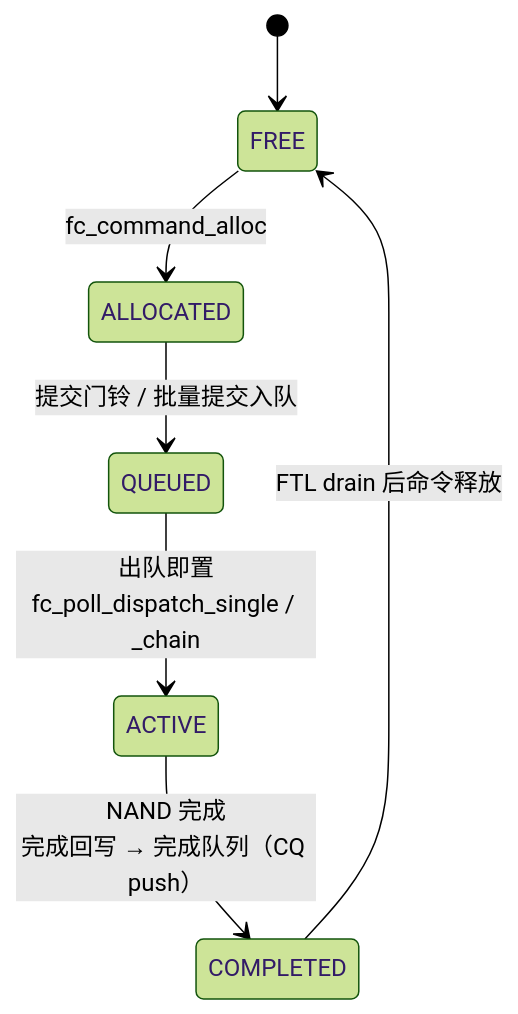
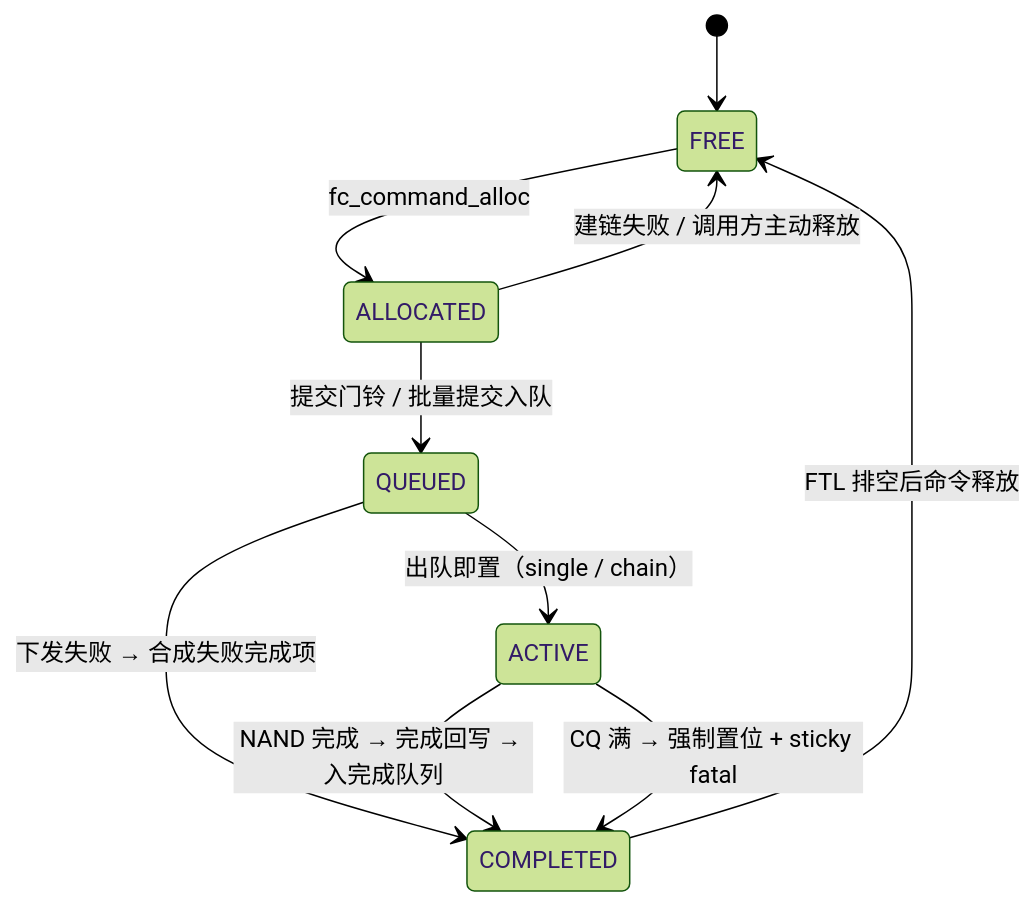
Diagram 17 of 20 in docs/design/fc_nand_design.md (YzYMIAO/BASESSD), drawn with Mermaid (forest theme) before and after one commit. The commit also changed other lines of this file, not shown here.

First line of the commit message:
docs(fc-nand): 重构设计文档结构并校正与实现漂移

````diff
--- a/docs/design/fc_nand_design.md
+++ b/docs/design/fc_nand_design.md
@@ -2170,9 +2434,12 @@
 ```mermaid
 stateDiagram-v2
     [*] --> FREE
     FREE --> ALLOCATED: fc_command_alloc
+    ALLOCATED --> FREE: 建链失败 / 调用方主动释放
     ALLOCATED --> QUEUED: 提交门铃 / 批量提交入队
-    QUEUED --> ACTIVE: 出队即置<br/>fc_poll_dispatch_single / _chain
-    ACTIVE --> COMPLETED: NAND 完成<br/>完成回写 → 完成队列（CQ push）
-    COMPLETED --> FREE: FTL drain 后命令释放
+    QUEUED --> ACTIVE: 出队即置（single / chain）
+    QUEUED --> COMPLETED: 下发失败 → 合成失败完成项
+    ACTIVE --> COMPLETED: NAND 完成 → 完成回写 → 入完成队列
+    ACTIVE --> COMPLETED: CQ 满 → 强制置位 + sticky fatal
+    COMPLETED --> FREE: FTL 排空后命令释放
 ```
````
